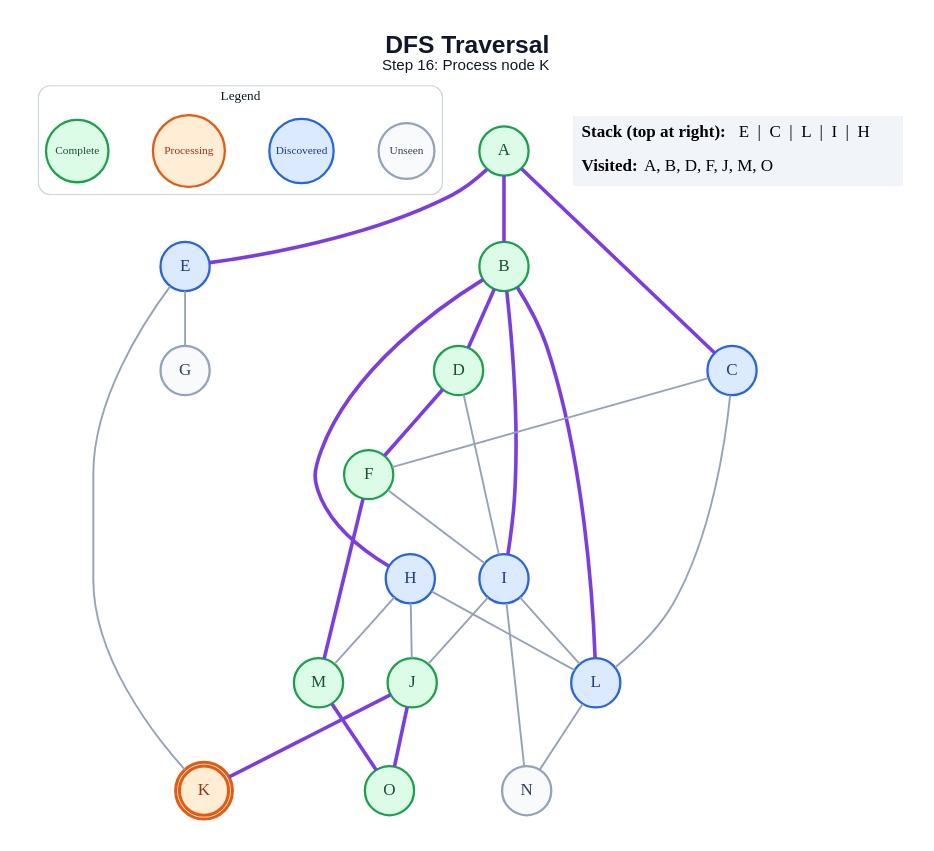
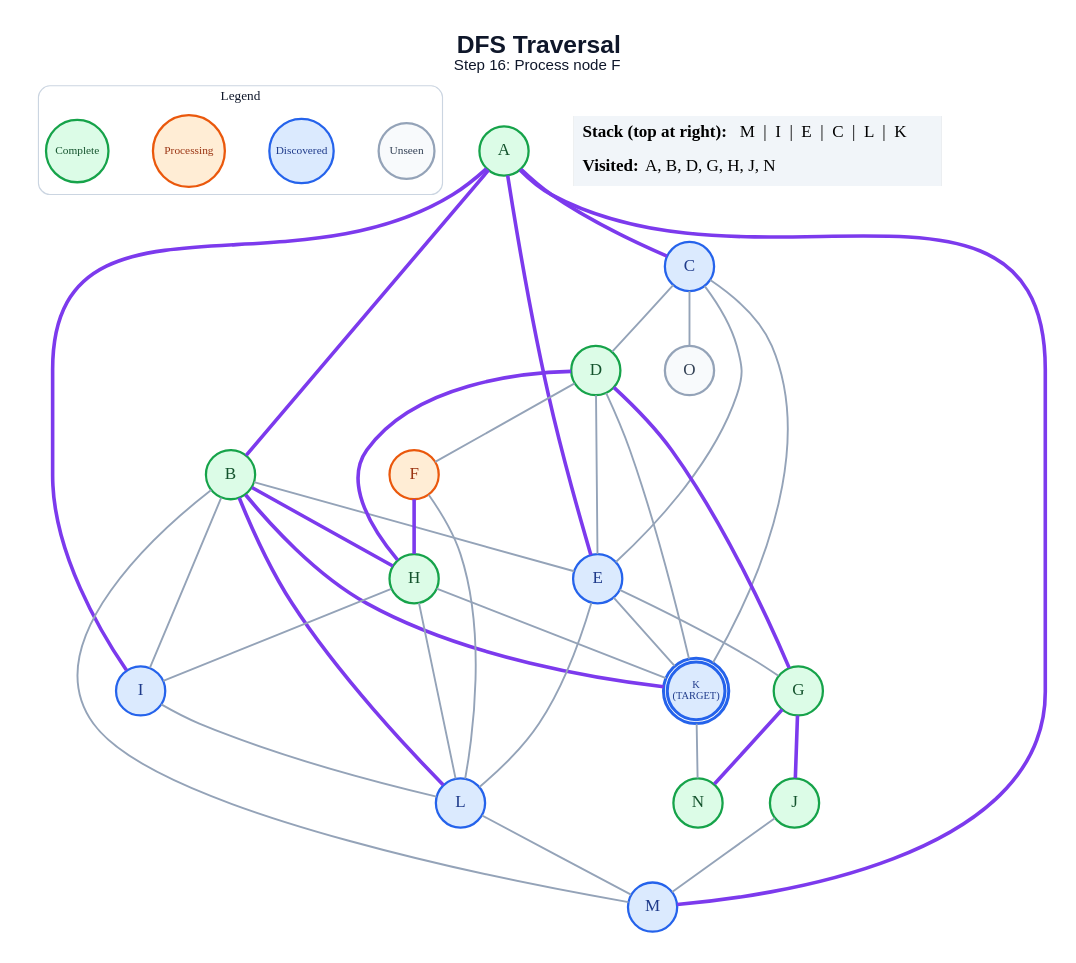
Before and after one commit to anon7238593-create/ai-slop: the diagram in generated/specific-node/dfs/step_16.dot, drawn with Graphviz. The commit also changed 241 other files, not shown here.

```diff
--- a/generated/specific-node/dfs/step_16.dot
+++ b/generated/specific-node/dfs/step_16.dot
@@ -1,59 +1,68 @@
 graph traversal {
   graph [layout=dot, rankdir=TB, bgcolor="#FFFFFF", pad="0.35", nodesep="0.65", ranksep="0.8", fontname="Arial"];
   node [shape=circle, style="filled", fontname="Arial Bold", fontsize=18, width=0.72, fixedsize=true, penwidth=2.4];
   edge [color="#94A3B8", penwidth=2.0];
-  label=<<B>DFS Traversal</B><BR/><FONT POINT-SIZE="16">Step 16: Process node K</FONT>>; labelloc="t"; fontsize=26; fontname="Arial"; fontcolor="#0F172A";
+  label=<<B>DFS Traversal</B><BR/><FONT POINT-SIZE="16">Step 16: Process node F</FONT>>; labelloc="t"; fontsize=26; fontname="Arial"; fontcolor="#0F172A";
   subgraph cluster_legend { label="Legend"; color="#CBD5E1"; penwidth=1.2; style="rounded"; fontsize=14; fontname="Arial Bold";
     key_unseen [label="Unseen", fillcolor="#F8FAFC", color="#94A3B8", fontcolor="#334155", fontsize=12, width=0.82];
     key_frontier [label="Discovered", fillcolor="#DBEAFE", color="#2563EB", fontcolor="#1E3A8A", fontsize=12, width=0.95];
     key_current [label="Processing", fillcolor="#FFEDD5", color="#EA580C", fontcolor="#9A3412", fontsize=12, width=1.05];
     key_done [label="Complete", fillcolor="#DCFCE7", color="#16A34A", fontcolor="#14532D", fontsize=12, width=0.92];
     { rank=same; key_unseen; key_frontier; key_current; key_done; }
   }
   A [label="A", fillcolor="#DCFCE7", color="#16A34A", fontcolor="#14532D", peripheries=1, penwidth=2.4];
   B [label="B", fillcolor="#DCFCE7", color="#16A34A", fontcolor="#14532D", peripheries=1, penwidth=2.4];
   C [label="C", fillcolor="#DBEAFE", color="#2563EB", fontcolor="#1E3A8A", peripheries=1, penwidth=2.4];
   D [label="D", fillcolor="#DCFCE7", color="#16A34A", fontcolor="#14532D", peripheries=1, penwidth=2.4];
   E [label="E", fillcolor="#DBEAFE", color="#2563EB", fontcolor="#1E3A8A", peripheries=1, penwidth=2.4];
-  F [label="F", fillcolor="#DCFCE7", color="#16A34A", fontcolor="#14532D", peripheries=1, penwidth=2.4];
-  G [label="G", fillcolor="#F8FAFC", color="#94A3B8", fontcolor="#334155", peripheries=1, penwidth=2.4];
-  H [label="H", fillcolor="#DBEAFE", color="#2563EB", fontcolor="#1E3A8A", peripheries=1, penwidth=2.4];
+  F [label="F", fillcolor="#FFEDD5", color="#EA580C", fontcolor="#9A3412", peripheries=1, penwidth=2.4];
+  G [label="G", fillcolor="#DCFCE7", color="#16A34A", fontcolor="#14532D", peripheries=1, penwidth=2.4];
+  H [label="H", fillcolor="#DCFCE7", color="#16A34A", fontcolor="#14532D", peripheries=1, penwidth=2.4];
   I [label="I", fillcolor="#DBEAFE", color="#2563EB", fontcolor="#1E3A8A", peripheries=1, penwidth=2.4];
   J [label="J", fillcolor="#DCFCE7", color="#16A34A", fontcolor="#14532D", peripheries=1, penwidth=2.4];
-  K [label="K", fillcolor="#FFEDD5", color="#EA580C", fontcolor="#9A3412", peripheries=2, penwidth=3.2];
+  K [label="K\n(TARGET)", fillcolor="#DBEAFE", color="#2563EB", fontcolor="#1E3A8A", peripheries=2, penwidth=3.2, fontsize=11, width=0.85, height=0.85];
   L [label="L", fillcolor="#DBEAFE", color="#2563EB", fontcolor="#1E3A8A", peripheries=1, penwidth=2.4];
-  M [label="M", fillcolor="#DCFCE7", color="#16A34A", fontcolor="#14532D", peripheries=1, penwidth=2.4];
-  N [label="N", fillcolor="#F8FAFC", color="#94A3B8", fontcolor="#334155", peripheries=1, penwidth=2.4];
-  O [label="O", fillcolor="#DCFCE7", color="#16A34A", fontcolor="#14532D", peripheries=1, penwidth=2.4];
+  M [label="M", fillcolor="#DBEAFE", color="#2563EB", fontcolor="#1E3A8A", peripheries=1, penwidth=2.4];
+  N [label="N", fillcolor="#DCFCE7", color="#16A34A", fontcolor="#14532D", peripheries=1, penwidth=2.4];
+  O [label="O", fillcolor="#F8FAFC", color="#94A3B8", fontcolor="#334155", peripheries=1, penwidth=2.4];
   A -- B [color="#7C3AED", penwidth=3.8];
   A -- C [color="#7C3AED", penwidth=3.8];
   A -- E [color="#7C3AED", penwidth=3.8];
-  B -- D [color="#7C3AED", penwidth=3.8];
+  A -- I [color="#7C3AED", penwidth=3.8];
+  A -- M [color="#7C3AED", penwidth=3.8];
+  B -- E;
   B -- H [color="#7C3AED", penwidth=3.8];
-  B -- I [color="#7C3AED", penwidth=3.8];
+  B -- I;
+  B -- K [color="#7C3AED", penwidth=3.8];
   B -- L [color="#7C3AED", penwidth=3.8];
-  C -- F;
-  C -- L;
-  D -- F [color="#7C3AED", penwidth=3.8];
-  D -- I;
+  B -- M;
+  C -- D;
+  C -- E;
+  C -- K;
+  C -- O;
+  D -- E;
+  D -- F;
+  D -- G [color="#7C3AED", penwidth=3.8];
+  D -- H [color="#7C3AED", penwidth=3.8];
+  D -- K;
   E -- G;
   E -- K;
-  F -- I;
-  F -- M [color="#7C3AED", penwidth=3.8];
-  H -- J;
+  E -- L;
+  F -- H [color="#7C3AED", penwidth=3.8];
+  F -- L;
+  G -- J [color="#7C3AED", penwidth=3.8];
+  G -- N [color="#7C3AED", penwidth=3.8];
+  H -- I;
+  H -- K;
   H -- L;
-  H -- M;
-  I -- J;
   I -- L;
-  I -- N;
-  J -- K [color="#7C3AED", penwidth=3.8];
-  J -- O [color="#7C3AED", penwidth=3.8];
-  L -- N;
-  M -- O [color="#7C3AED", penwidth=3.8];
+  J -- M;
+  K -- N;
+  L -- M;
   status [shape=plain, fixedsize=false, width=0, height=0, margin=0, label=<
     <TABLE BORDER="0" CELLBORDER="0" CELLPADDING="7" BGCOLOR="#F1F5F9">
-      <TR><TD ALIGN="LEFT"><B>Stack (top at right):</B> E  |  C  |  L  |  I  |  H</TD></TR>
-      <TR><TD ALIGN="LEFT"><B>Visited:</B> A, B, D, F, J, M, O</TD></TR>
+      <TR><TD ALIGN="LEFT"><B>Stack (top at right):</B> M  |  I  |  E  |  C  |  L  |  K</TD></TR>
+      <TR><TD ALIGN="LEFT"><B>Visited:</B> A, B, D, G, H, J, N</TD></TR>
     </TABLE>
   >];
 }
```
